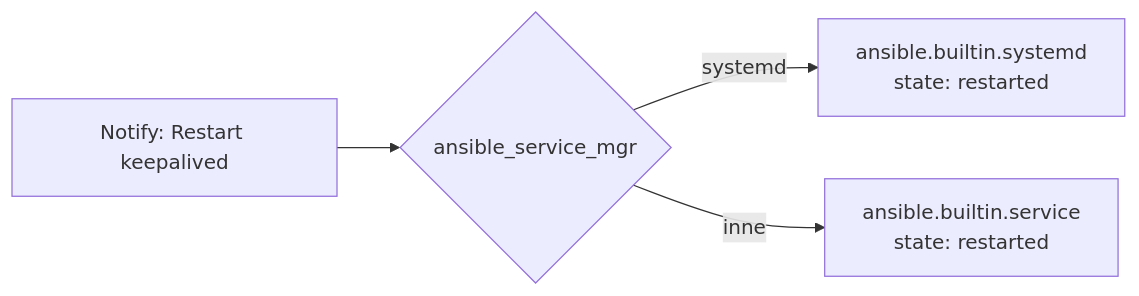
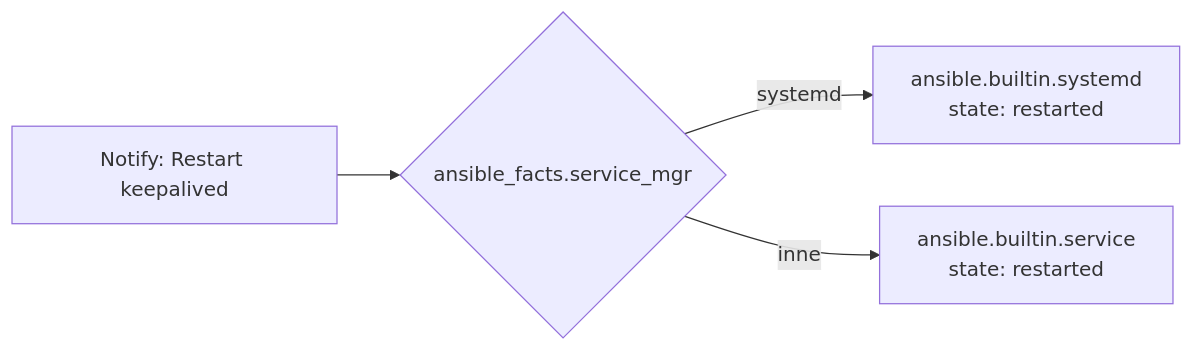
The second of 2 diagrams in README.md (dev-rachuna/artifacts.ansible-roles.install-keepalived-vip), drawn with Mermaid before and after one commit. The commit also changed other lines of this file and 3 other files, not shown here.

````diff
--- a/README.md
+++ b/README.md
@@ -46,6 +46,6 @@
 ```mermaid
 flowchart LR
-    Trigger[Notify: Restart keepalived] --> Listen{ansible_service_mgr}
+    Trigger[Notify: Restart keepalived] --> Listen{ansible_facts.service_mgr}
     Listen -->|systemd| H1[ansible.builtin.systemd<br/>state: restarted]
     Listen -->|inne| H2[ansible.builtin.service<br/>state: restarted]
 ```
````
